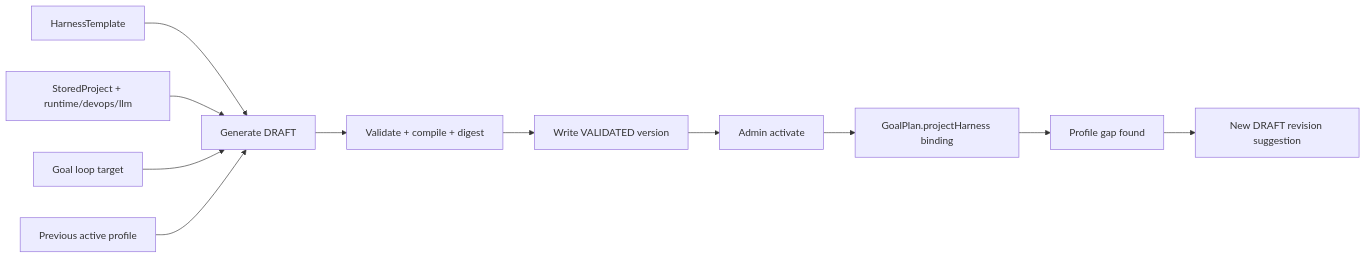
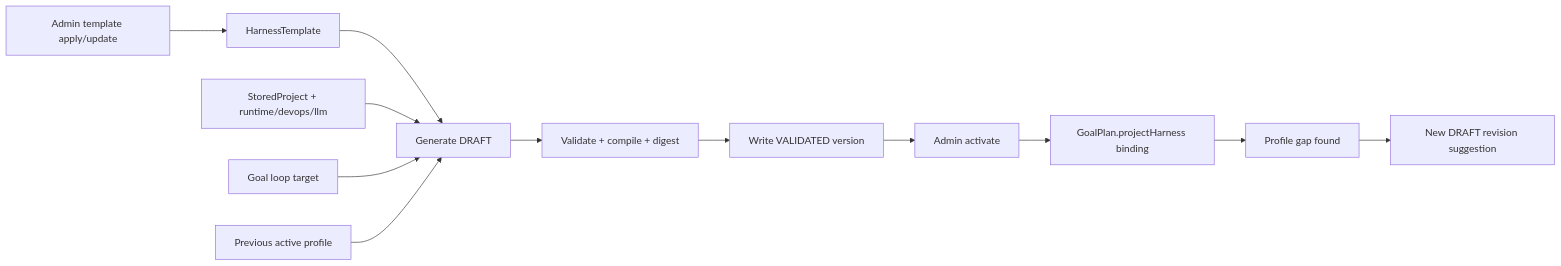
The diagram in docs/architecture/project-harness-profile.md (yeliang-wang/evopilot), drawn with Mermaid before and after one commit. The commit also changed other lines of this file and 19 other files, not shown here.

Commit message:
Add harness template versioning and logging control plane

````diff
--- a/docs/architecture/project-harness-profile.md
+++ b/docs/architecture/project-harness-profile.md
@@ -16,13 +16,14 @@
 ```mermaid
 flowchart LR
+  Admin["Admin template apply/update"] --> Template["HarnessTemplate"]
   Template["HarnessTemplate"] --> Generate["Generate DRAFT"]
   Project["StoredProject + runtime/devops/llm"] --> Generate
   Goal["Goal loop target"] --> Generate
   Previous["Previous active profile"] --> Generate
   Generate --> Validate["Validate + compile + digest"]
   Validate --> Apply["Write VALIDATED version"]
   Apply --> Activate["Admin activate"]
   Activate --> Plan["GoalPlan.projectHarness binding"]
   Plan --> Gap["Profile gap found"]
   Gap --> Revision["New DRAFT revision suggestion"]
 ```
````
